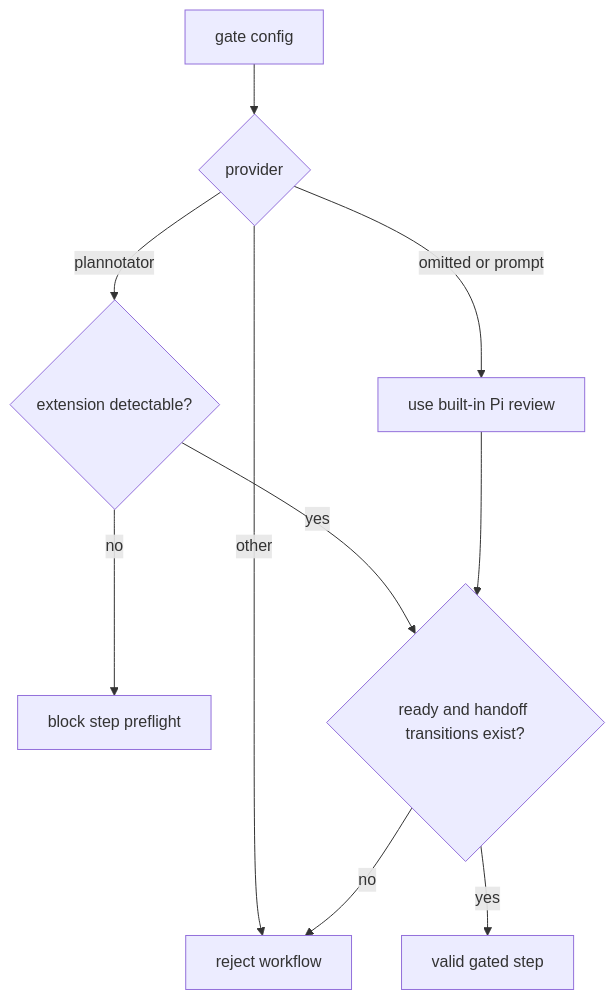
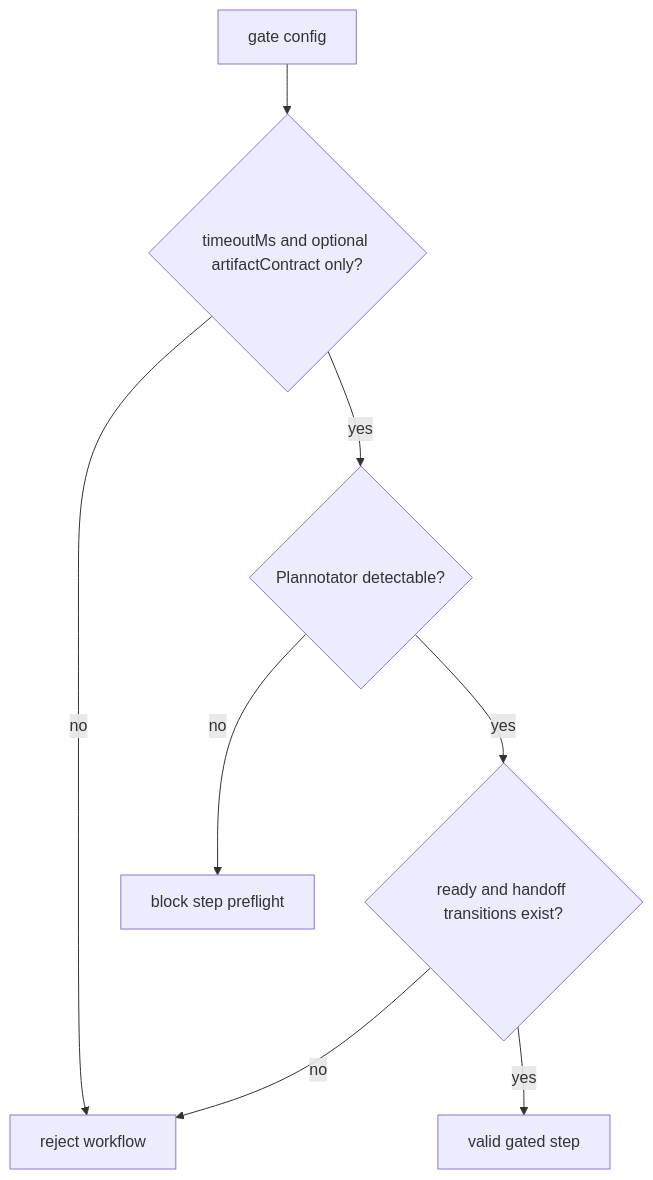
One commit to wichayutdew/pi-workflows changed the second of 6 diagrams in openwiki/integrations/plannotator.md. Above: the diagram before and after it, drawn with Mermaid. The commit also changed other lines of this file and 66 other files, not shown here.

````diff
--- a/openwiki/integrations/plannotator.md
+++ b/openwiki/integrations/plannotator.md
@@ -28,12 +29,10 @@
 ```mermaid
 flowchart TD
-  Gate[gate config] --> Provider{provider}
-  Provider -- omitted or prompt --> Prompt[use built-in Pi review]
-  Provider -- plannotator --> Detect{extension detectable?}
-  Provider -- other --> Reject[reject workflow]
+  Gate[gate config] --> Shape{timeoutMs and optional artifactContract only?}
+  Shape -- no --> Reject[reject workflow]
+  Shape -- yes --> Detect{Plannotator detectable?}
   Detect -- no --> Preflight[block step preflight]
   Detect -- yes --> Transitions{ready and handoff transitions exist?}
-  Prompt --> Transitions
   Transitions -- no --> Reject
   Transitions -- yes --> Accept[valid gated step]
 ```
````
